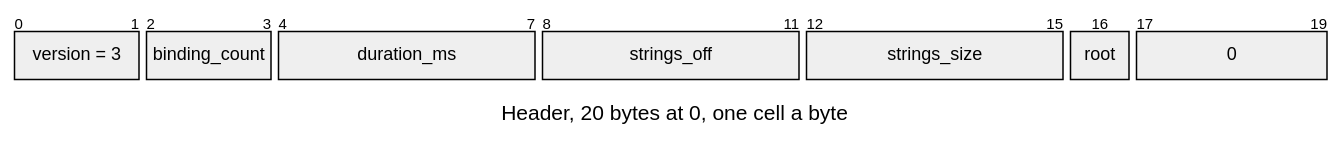
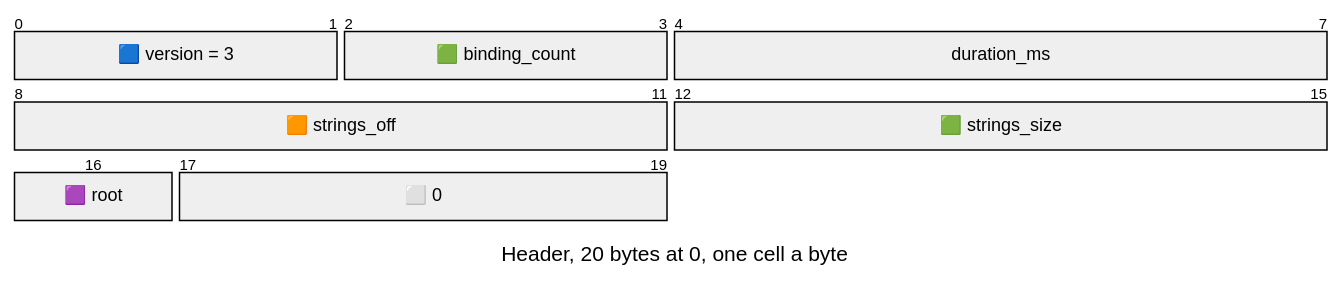
The first of 2 diagrams in docs/assets/formats/TRCK.md (jose-villegas/autana), drawn with Mermaid before and after one commit. The commit also changed other lines of this file and 14 other files, not shown here.

````diff
--- a/docs/assets/formats/TRCK.md
+++ b/docs/assets/formats/TRCK.md
@@ -5,17 +5,17 @@
 ```mermaid
 ---
 config:
   packet:
-    bitsPerRow: 20
-    bitWidth: 44
+    bitsPerRow: 8
+    bitWidth: 110
 ---
 packet-beta
 title Header, 20 bytes at 0, one cell a byte
-0-1: "version = 3"
-2-3: "binding_count"
+0-1: "🟦 version = 3"
+2-3: "🟩 binding_count"
 4-7: "duration_ms"
-8-11: "strings_off"
-12-15: "strings_size"
-16: "root"
-17-19: "0"
+8-11: "🟧 strings_off"
+12-15: "🟩 strings_size"
+16: "🟪 root"
+17-19: "⬜ 0"
 ```
````
